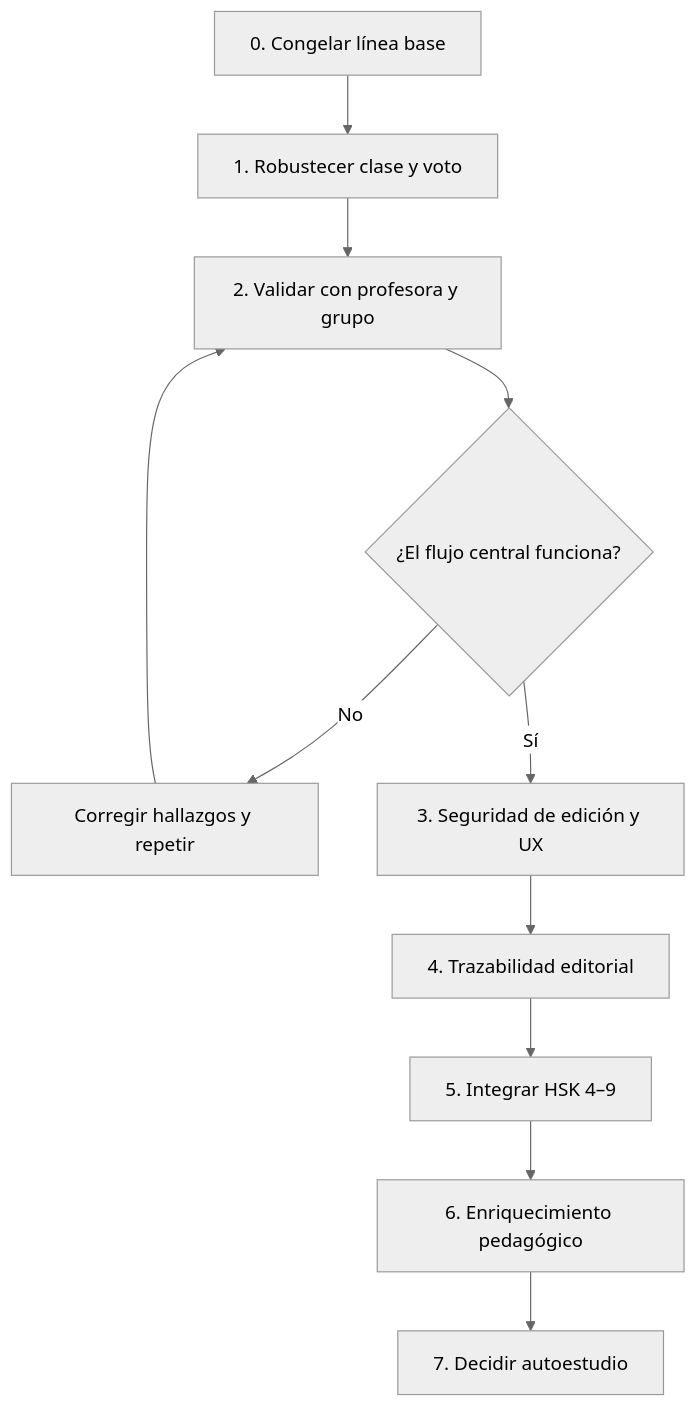
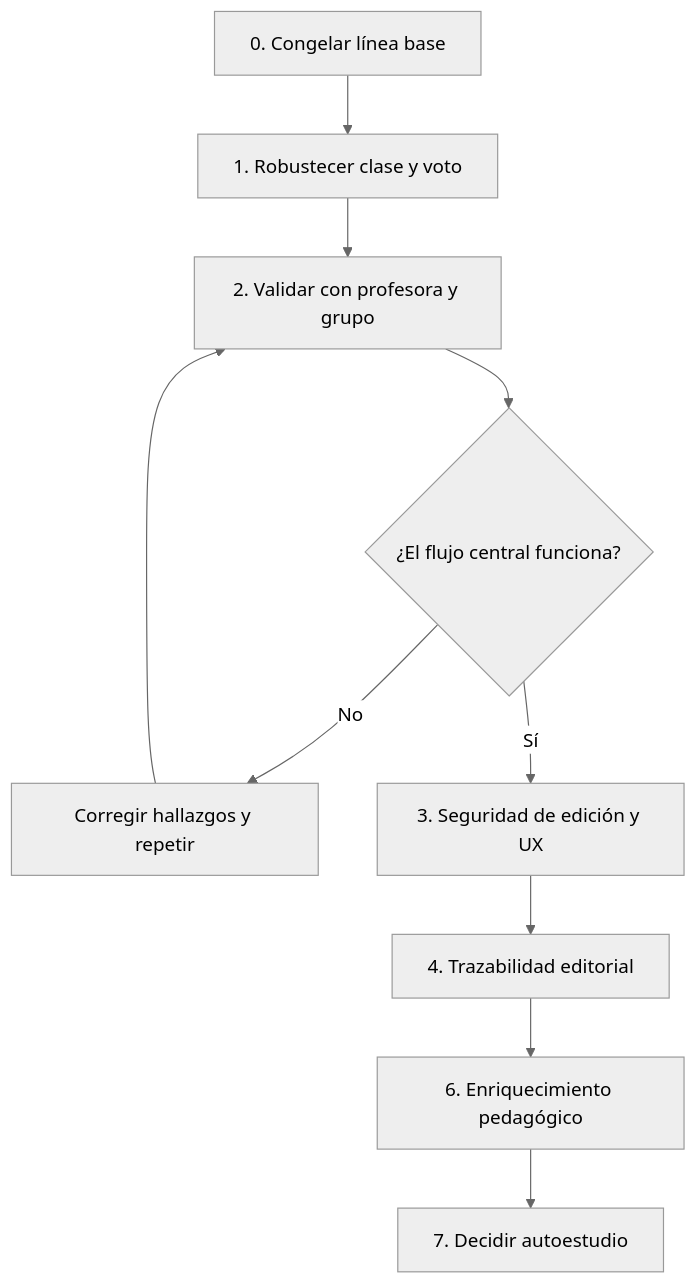
One commit to everDavila/chinese-lesson changed the diagram in 06-implementation-plan.md. Above: the diagram before and after it, drawn with Mermaid (neutral theme). The commit also changed other lines of this file and 5 other files, not shown here.

````diff
--- a/06-implementation-plan.md
+++ b/06-implementation-plan.md
@@ -45,13 +44,12 @@
 ```mermaid
 flowchart TD
     P0[0. Congelar línea base] --> P1[1. Robustecer clase y voto]
     P1 --> P2[2. Validar con profesora y grupo]
     P2 --> D{¿El flujo central funciona?}
     D -- No --> F[Corregir hallazgos y repetir]
     F --> P2
     D -- Sí --> P3[3. Seguridad de edición y UX]
     P3 --> P4[4. Trazabilidad editorial]
-    P4 --> P5[5. Integrar HSK 4–9]
-    P5 --> P6[6. Enriquecimiento pedagógico]
+    P4 --> P6[6. Enriquecimiento pedagógico]
     P6 --> P7[7. Decidir autoestudio]
 ```
````
